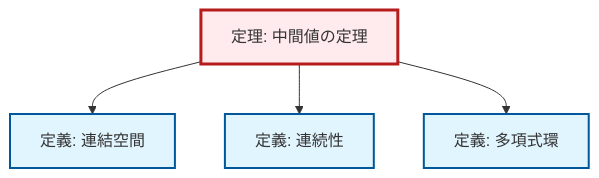
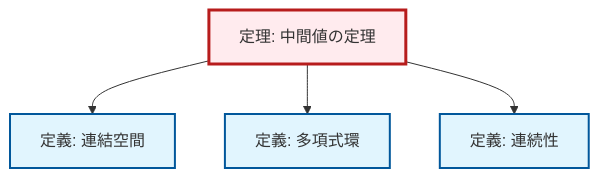
One commit to RK0429/ModernMath changed the diagram in content/ja/topology/thm-intermediate-value.qmd. Above: the diagram before and after it, drawn with Mermaid. The commit also changed other lines of this file and 328 other files, not shown here.

````diff
--- a/content/ja/topology/thm-intermediate-value.qmd
+++ b/content/ja/topology/thm-intermediate-value.qmd
@@ -52,20 +52,20 @@
 ```{mermaid}
 %%| fig-cap: "ローカル依存関係グラフ"
 graph TD
     classDef definition fill:#e1f5fe,stroke:#01579b,stroke-width:2px
     classDef theorem fill:#f3e5f5,stroke:#4a148c,stroke-width:2px
     classDef axiom fill:#fff3e0,stroke:#e65100,stroke-width:2px
     classDef example fill:#e8f5e9,stroke:#1b5e20,stroke-width:2px
     classDef current fill:#ffebee,stroke:#b71c1c,stroke-width:3px
+    thm-intermediate-value["定理: 中間値の定理"]:::theorem
+    def-connected["定義: 連結空間"]:::definition
     def-continuity["定義: 連続性"]:::definition
     def-polynomial-ring["定義: 多項式環"]:::definition
-    thm-intermediate-value["定理: 中間値の定理"]:::theorem
-    def-connected["定義: 連結空間"]:::definition
     thm-intermediate-value --> def-connected
+    thm-intermediate-value --> def-polynomial-ring
     thm-intermediate-value --> def-continuity
-    thm-intermediate-value --> def-polynomial-ring
     class thm-intermediate-value current
+    click def-connected "def-connected.html" "連結空間の定義へ"
     click def-continuity "def-continuity.html" "連続性の定義へ"
     click def-polynomial-ring "def-polynomial-ring.html" "多項式環の定義へ"
-    click def-connected "def-connected.html" "連結空間の定義へ"
 ```
````
